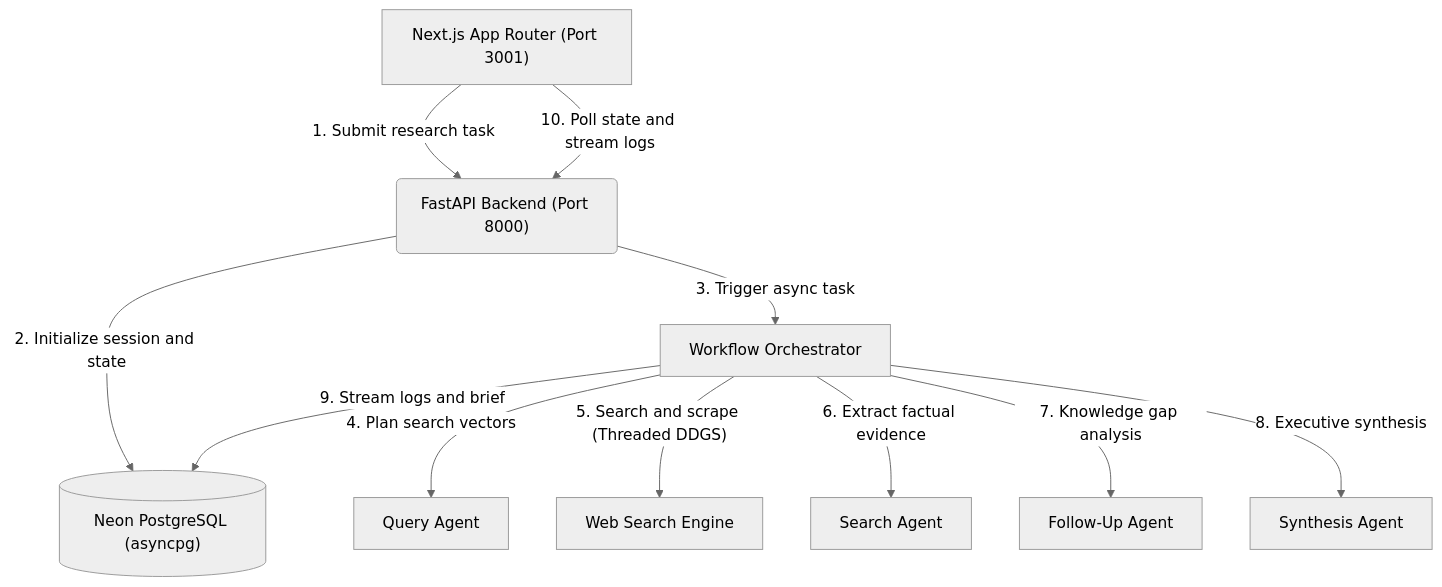
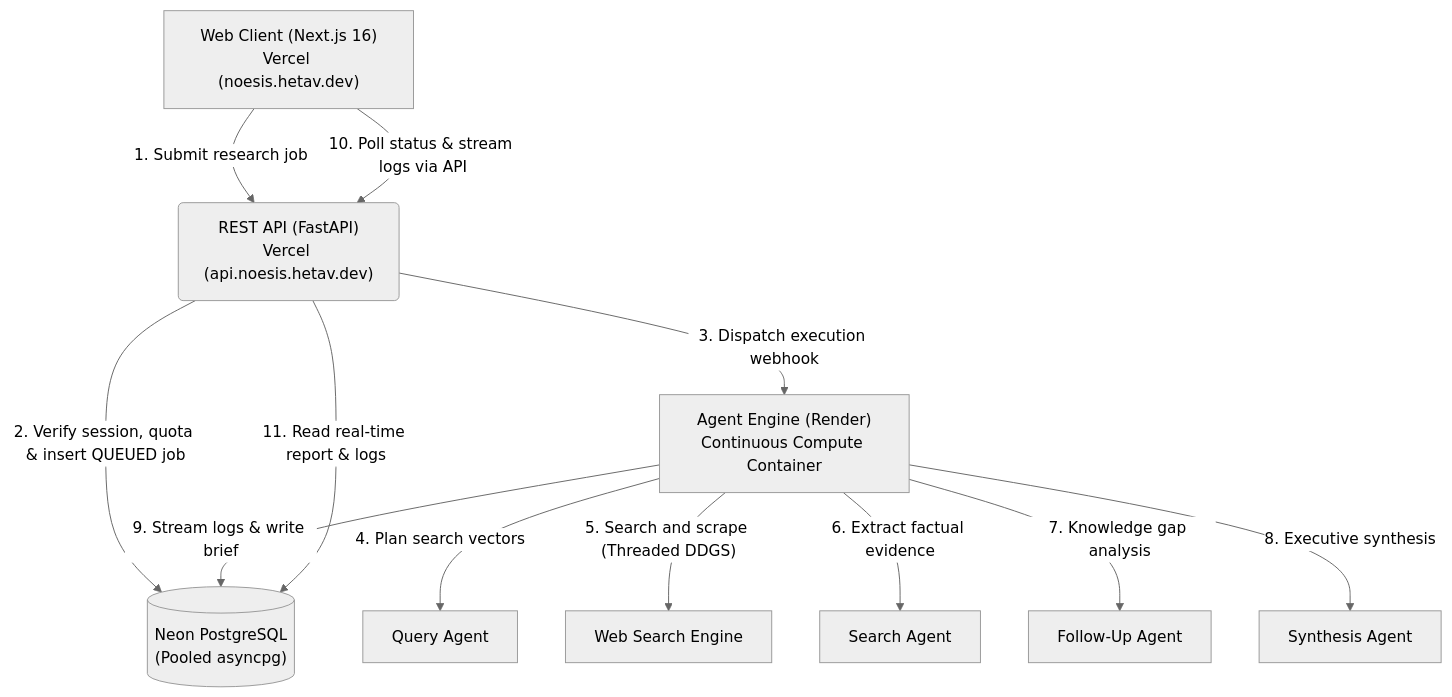
One commit to Hetav21/Noesis changed the diagram in README.md. Above: the diagram before and after it, drawn with Mermaid (neutral theme). The commit also changed other lines of this file and 83 other files, not shown here.

First line of the commit message:
refactor(arch): split into apps/web, apps/api, and apps/agent services

````diff
--- a/README.md
+++ b/README.md
@@ -20,13 +22,14 @@
 ```mermaid
 graph TD
-    A["Next.js App Router (Port 3001)"] -->|"1. Submit research task"| B("FastAPI Backend (Port 8000)")
-    B -->|"2. Initialize session and state"| C[("Neon PostgreSQL (asyncpg)")]
-    B -->|"3. Trigger async task"| D["Workflow Orchestrator"]
+    A["Web Client (Next.js 16)<br/>Vercel (noesis.hetav.dev)"] -->|"1. Submit research job"| B("REST API (FastAPI)<br/>Vercel (api.noesis.hetav.dev)")
+    B -->|"2. Verify session, quota & insert QUEUED job"| C[("Neon PostgreSQL<br/>(Pooled asyncpg)")]
+    B -->|"3. Dispatch execution webhook"| D["Agent Engine (Render)<br/>Continuous Compute Container"]
     D -->|"4. Plan search vectors"| E["Query Agent"]
     D -->|"5. Search and scrape (Threaded DDGS)"| F["Web Search Engine"]
     D -->|"6. Extract factual evidence"| G["Search Agent"]
     D -->|"7. Knowledge gap analysis"| H["Follow-Up Agent"]
     D -->|"8. Executive synthesis"| I["Synthesis Agent"]
-    D -->|"9. Stream logs and brief"| C
-    A -->|"10. Poll state and stream logs"| B
+    D -->|"9. Stream logs & write brief"| C
+    A -->|"10. Poll status & stream logs via API"| B
+    B -->|"11. Read real-time report & logs"| C
 ```
````
